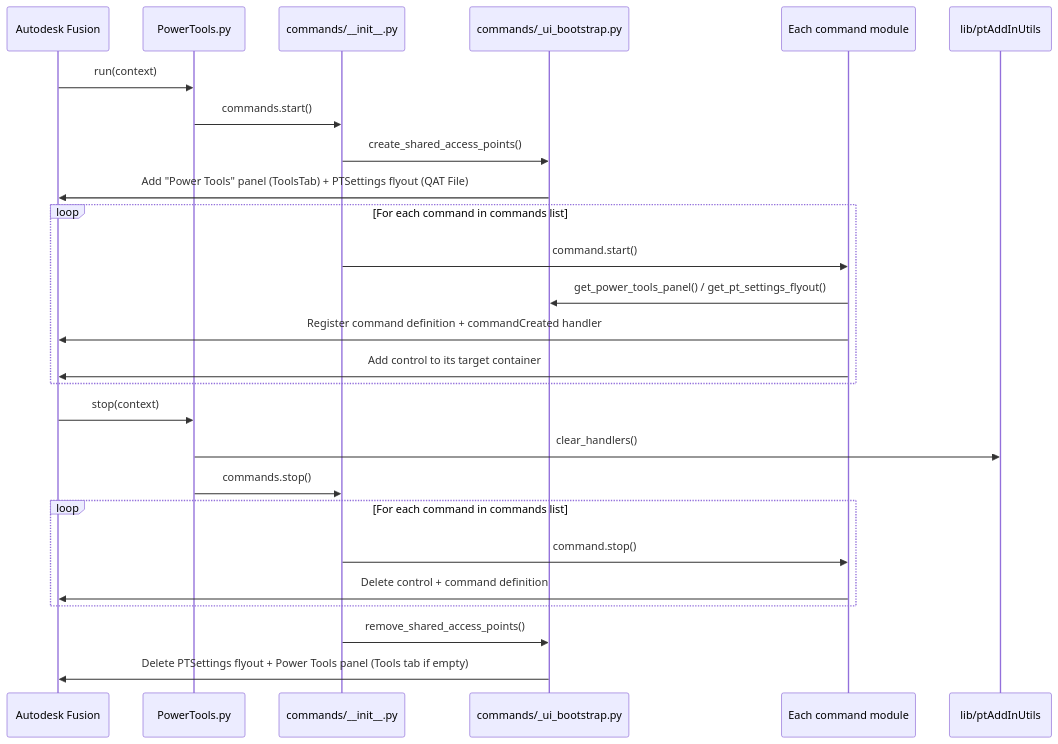
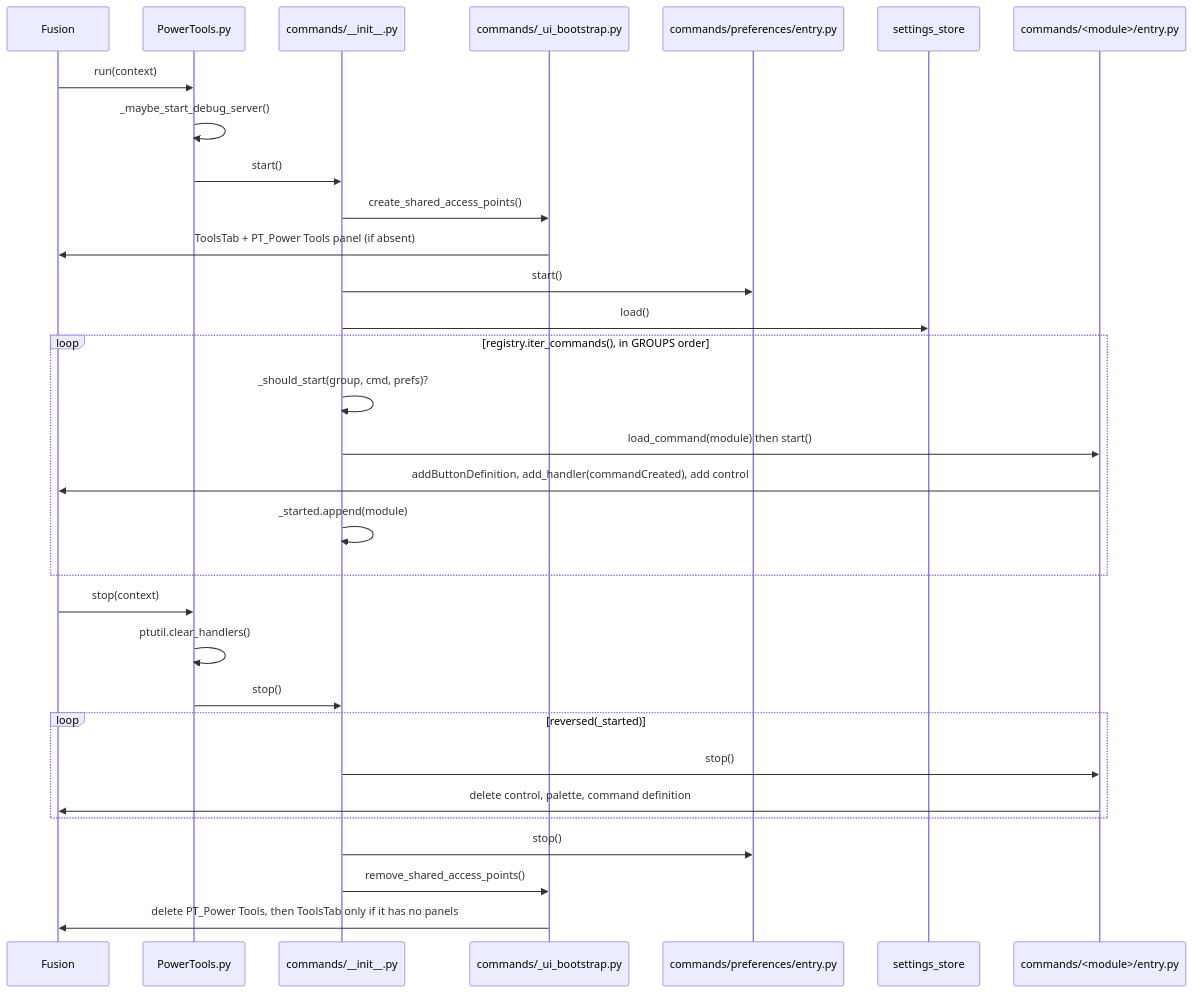
The second of 7 diagrams in docs/arch/architecture.md (schneik80/PowerTools), drawn with Mermaid before and after one commit. The commit also changed other lines of this file and 69 other files, not shown here.

````diff
--- a/docs/arch/architecture.md
+++ b/docs/arch/architecture.md
@@ -133,30 +99,35 @@
 ```mermaid
 sequenceDiagram
-    participant Fusion as Autodesk Fusion
+    participant Fusion
     participant Entry as PowerTools.py
-    participant CmdInit as commands/__init__.py
-    participant Bootstrap as commands/_ui_bootstrap.py
-    participant Cmd as Each command module
-    participant Ptutil as lib/ptAddInUtils
+    participant Cmds as commands/__init__.py
+    participant Boot as commands/_ui_bootstrap.py
+    participant Prefs as commands/preferences/entry.py
+    participant Store as settings_store
+    participant Cmd as commands/<module>/entry.py
 
     Fusion->>Entry: run(context)
-    Entry->>CmdInit: commands.start()
-    CmdInit->>Bootstrap: create_shared_access_points()
-    Bootstrap->>Fusion: Add "Power Tools" panel (ToolsTab) + PTSettings flyout (QAT File)
-    loop For each command in commands list
-        CmdInit->>Cmd: command.start()
-        Cmd->>Bootstrap: get_power_tools_panel() / get_pt_settings_flyout()
-        Cmd->>Fusion: Register command definition + commandCreated handler
-        Cmd->>Fusion: Add control to its target container
+    Entry->>Entry: _maybe_start_debug_server()
+    Entry->>Cmds: start()
+    Cmds->>Boot: create_shared_access_points()
+    Boot->>Fusion: ToolsTab + PT_Power Tools panel (if absent)
+    Cmds->>Prefs: start()
+    Cmds->>Store: load()
+    loop registry.iter_commands(), in GROUPS order
+        Cmds->>Cmds: _should_start(group, cmd, prefs)?
+        Cmds->>Cmd: load_command(module) then start()
+        Cmd->>Fusion: addButtonDefinition, add_handler(commandCreated), add control
+        Cmds->>Cmds: _started.append(module)
     end
 
     Fusion->>Entry: stop(context)
-    Entry->>Ptutil: clear_handlers()
-    Entry->>CmdInit: commands.stop()
-    loop For each command in commands list
-        CmdInit->>Cmd: command.stop()
-        Cmd->>Fusion: Delete control + command definition
+    Entry->>Entry: ptutil.clear_handlers()
+    Entry->>Cmds: stop()
+    loop reversed(_started)
+        Cmds->>Cmd: stop()
+        Cmd->>Fusion: delete control, palette, command definition
     end
-    CmdInit->>Bootstrap: remove_shared_access_points()
-    Bootstrap->>Fusion: Delete PTSettings flyout + Power Tools panel (Tools tab if empty)
+    Cmds->>Prefs: stop()
+    Cmds->>Boot: remove_shared_access_points()
+    Boot->>Fusion: delete PT_Power Tools, then ToolsTab only if it has no panels
 ```
````
